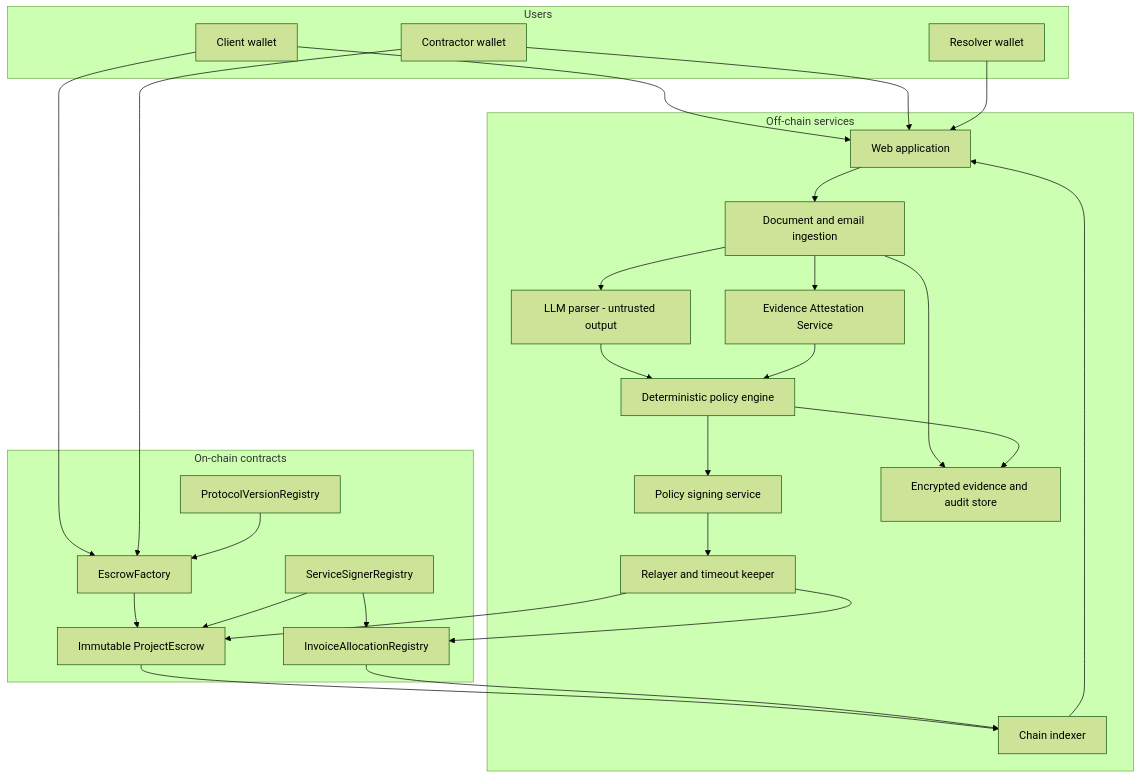
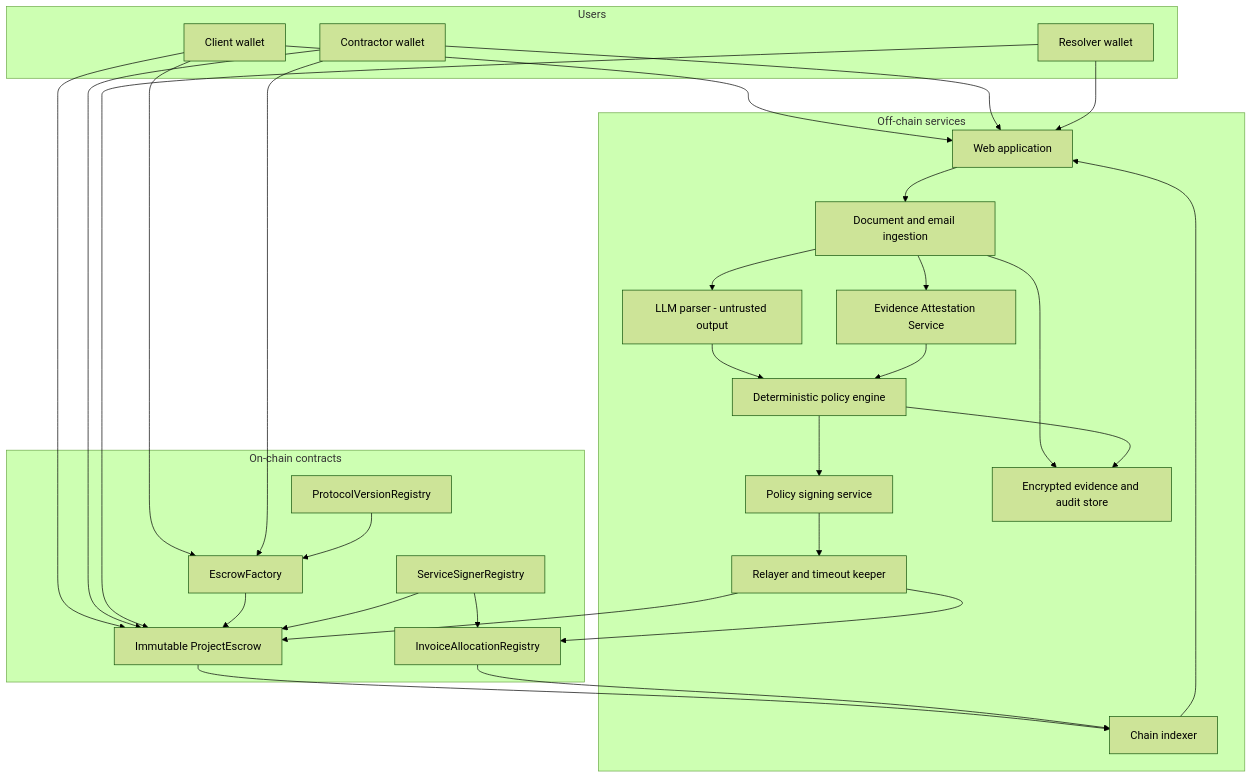
One commit to hyunhomon/ploby changed the diagram in docs/system-architecture.md. Above: the diagram before and after it, drawn with Mermaid (forest theme). The commit also changed other lines of this file and 16 other files, not shown here.

Commit message:
docs: resolve architecture review findings

````diff
--- a/docs/system-architecture.md
+++ b/docs/system-architecture.md
@@ -5,52 +5,55 @@
 ```mermaid
 flowchart TB
     subgraph Users
         C[Client wallet]
         K[Contractor wallet]
         R[Resolver wallet]
     end
 
     subgraph OffChain[Off-chain services]
         UI[Web application]
         DOC[Document and email ingestion]
         LLM[LLM parser - untrusted output]
         PE[Deterministic policy engine]
         ES[Evidence Attestation Service]
         PS[Policy signing service]
         REL[Relayer and timeout keeper]
         STORE[Encrypted evidence and audit store]
         IDX[Chain indexer]
     end
 
     subgraph OnChain[On-chain contracts]
         FACTORY[EscrowFactory]
         ESCROW[Immutable ProjectEscrow]
         SIGNERS[ServiceSignerRegistry]
         ALLOC[InvoiceAllocationRegistry]
         VERSIONS[ProtocolVersionRegistry]
     end
 
     C --> UI
     K --> UI
     R --> UI
     UI --> DOC
     DOC --> LLM
     DOC --> ES
     LLM --> PE
     ES --> PE
     PE --> PS
     DOC --> STORE
     PE --> STORE
     PS --> REL
     C --> FACTORY
     K --> FACTORY
+    C --> ESCROW
+    K --> ESCROW
+    R --> ESCROW
     FACTORY --> ESCROW
     REL --> ESCROW
     REL --> ALLOC
     SIGNERS --> ESCROW
     SIGNERS --> ALLOC
     VERSIONS --> FACTORY
     ESCROW --> IDX
     ALLOC --> IDX
     IDX --> UI
 ```
````
